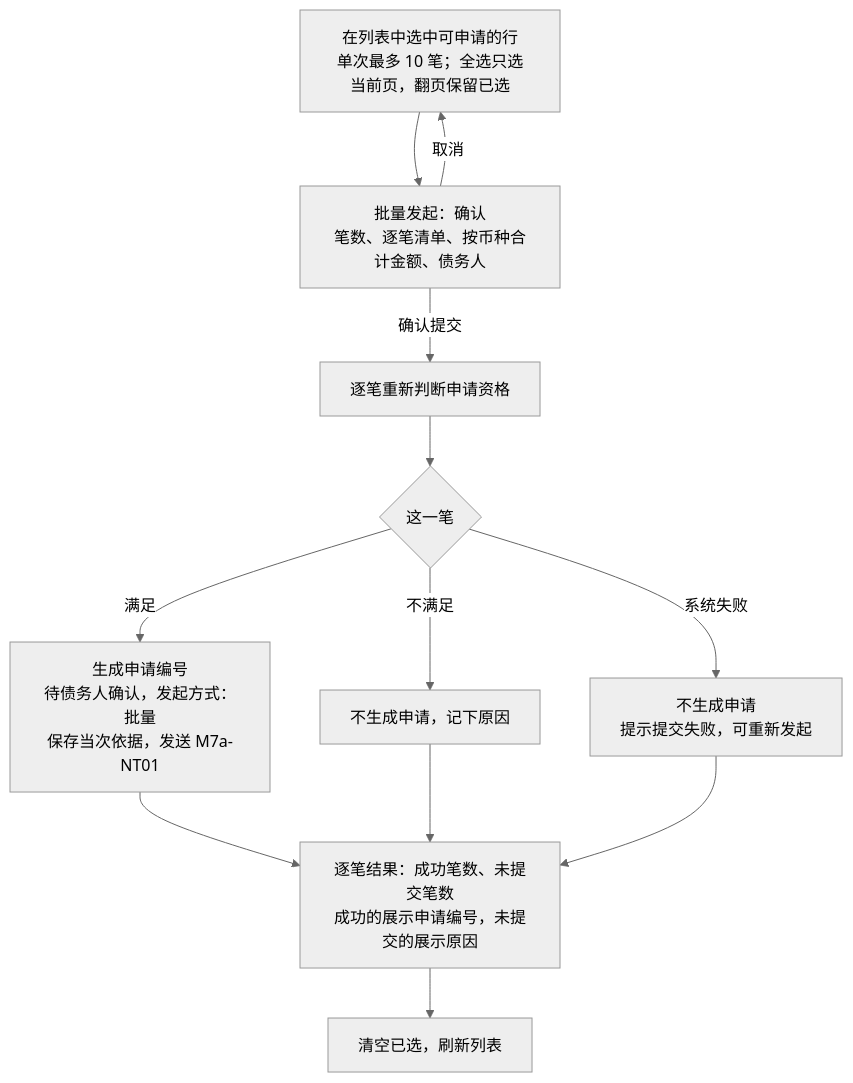
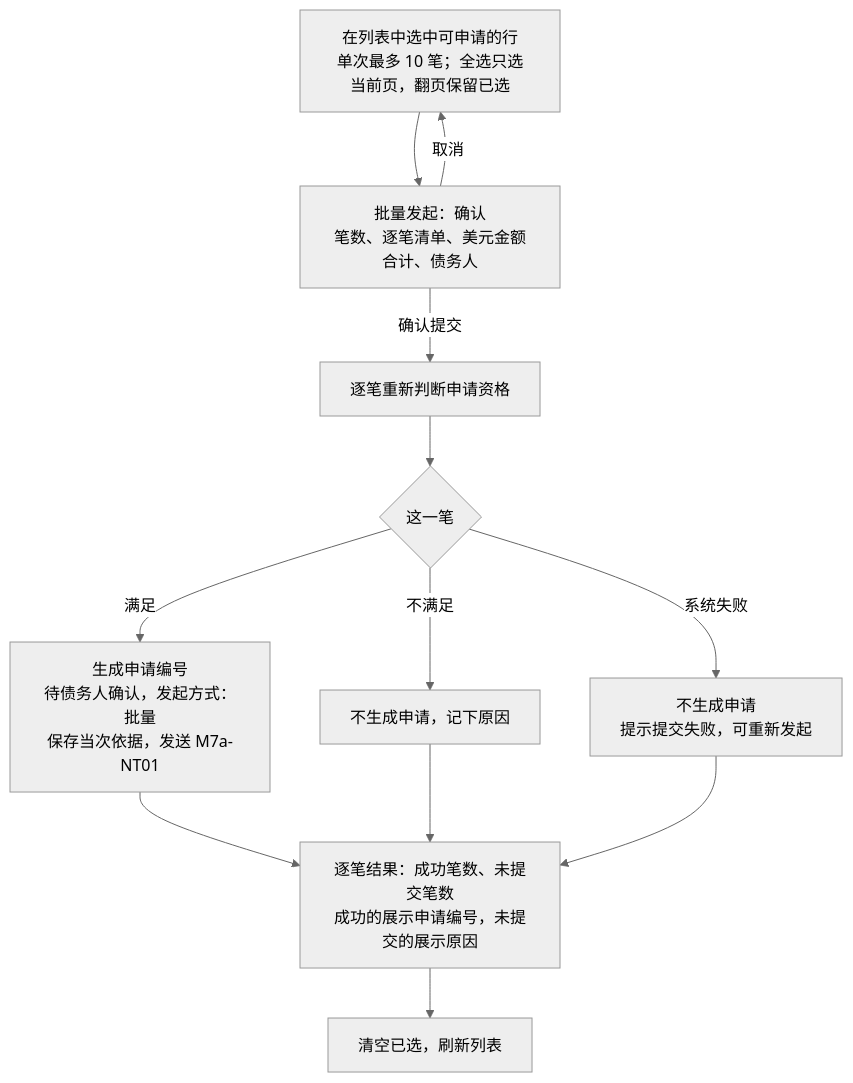
One commit to wxblockchain/Chain-Financing changed the second of 4 diagrams in asset-trust-platform/PRD/企业端/M7a-应收查看与确权申请/02-应收查看与确权申请-流程图与状态机.md. Above: the diagram before and after it, drawn with Mermaid (neutral theme). The commit also changed other lines of this file and 4 other files, not shown here.

````diff
--- a/asset-trust-platform/PRD/企业端/M7a-应收查看与确权申请/02-应收查看与确权申请-流程图与状态机.md
+++ b/asset-trust-platform/PRD/企业端/M7a-应收查看与确权申请/02-应收查看与确权申请-流程图与状态机.md
@@ -37,12 +37,12 @@
 ```mermaid
 flowchart TD
-    A[在列表中选中可申请的行<br/>单次最多 10 笔；全选只选当前页，翻页保留已选] --> B[批量发起：确认<br/>笔数、逐笔清单、按币种合计金额、债务人]
+    A[在列表中选中可申请的行<br/>单次最多 10 笔；全选只选当前页，翻页保留已选] --> B[批量发起：确认<br/>笔数、逐笔清单、美元金额合计、债务人]
     B -->|取消| A
     B -->|确认提交| C[逐笔重新判断申请资格]
     C --> D{这一笔}
     D -->|满足| E[生成申请编号<br/>待债务人确认，发起方式：批量<br/>保存当次依据，发送 M7a-NT01]
     D -->|不满足| F[不生成申请，记下原因]
     D -->|系统失败| G[不生成申请<br/>提示提交失败，可重新发起]
     E & F & G --> H[逐笔结果：成功笔数、未提交笔数<br/>成功的展示申请编号，未提交的展示原因]
     H --> I[清空已选，刷新列表]
 ```
````
